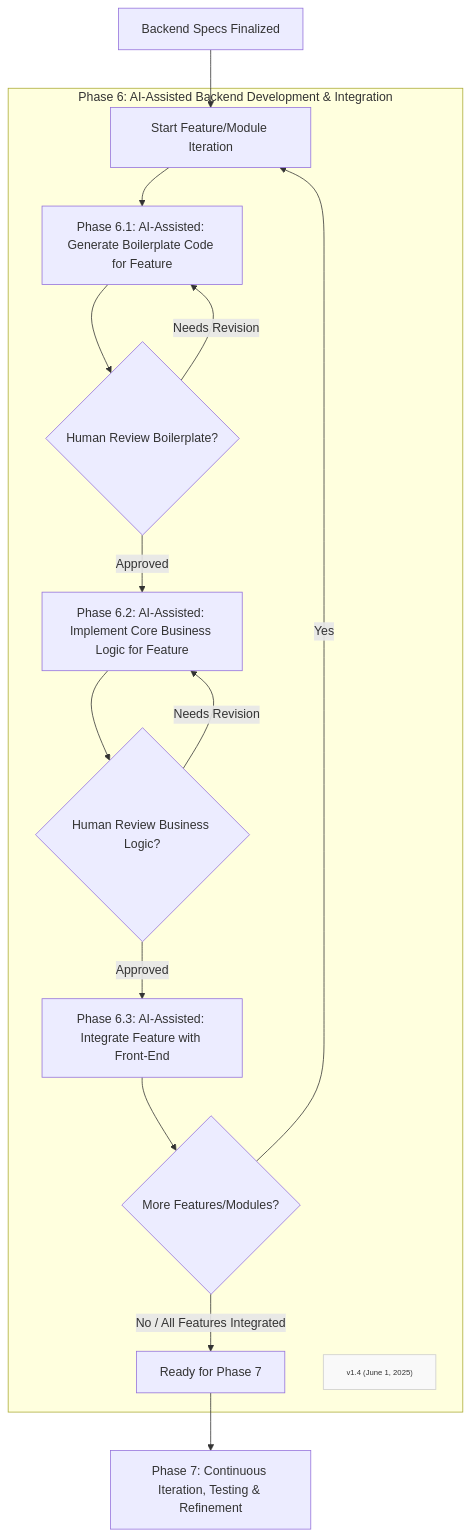
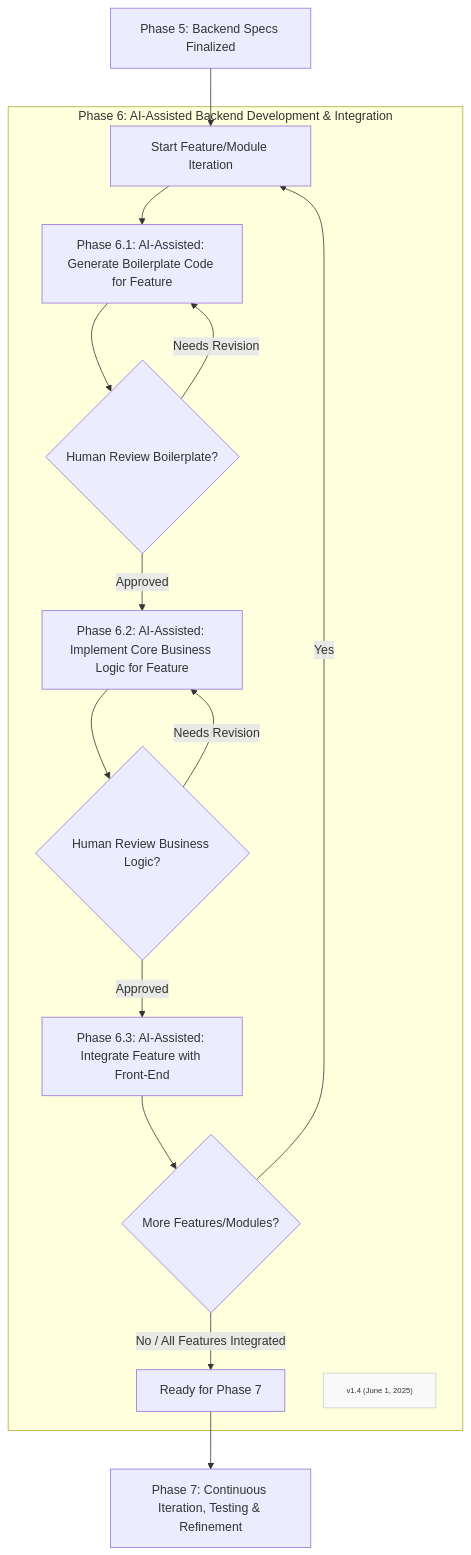
Before and after one commit to Mharbulous/Front-First-Method: the diagram in Method/FF-phase6.md, drawn with Mermaid. The commit also changed 1 other file, not shown here.

Commit message:
Refined exit and entry points for diagrams

````diff
--- a/Method/FF-phase6.md
+++ b/Method/FF-phase6.md
@@ -2,22 +2,22 @@
 ```mermaid
 graph TD
-    D_Spec["Backend Specs Finalized"] --> D_Loop_Start["Start Feature/Module Iteration"]
+    D_Spec["Phase 5: Backend Specs Finalized"] --> D_Loop_Start["Start Feature/Module Iteration"]
     
     subgraph Phase6 ["Phase 6: AI-Assisted Backend Development & Integration"]
         D_Loop_Start --> Phase6_1["Phase 6.1: AI-Assisted: Generate Boilerplate Code for Feature"]
         Phase6_1 --> Phase6_1_Val{"Human Review Boilerplate?"}
         Phase6_1_Val -->|Needs Revision| Phase6_1
         Phase6_1_Val -->|Approved| Phase6_2["Phase 6.2: AI-Assisted: Implement Core Business Logic for Feature"]
         Phase6_2 --> Phase6_2_Val{"Human Review Business Logic?"}
         Phase6_2_Val -->|Needs Revision| Phase6_2
         Phase6_2_Val -->|Approved| Phase6_3["Phase 6.3: AI-Assisted: Integrate Feature with Front-End"]
         Phase6_3 --> D_Loop_Check{"More Features/Modules?"}
         D_Loop_Check -->|Yes| D_Loop_Start
         D_Loop_Check -->|No / All Features Integrated| ReadyForPhase7["Ready for Phase 7"]
         Version["v1.4 (June 1, 2025)"]
         classDef version fill:#f9f9f9,stroke:#ccc,font-size:10px
         class Version version
     end
 
 ReadyForPhase7 --> Phase7["Phase 7: Continuous Iteration, Testing & Refinement"]
 ```
````
